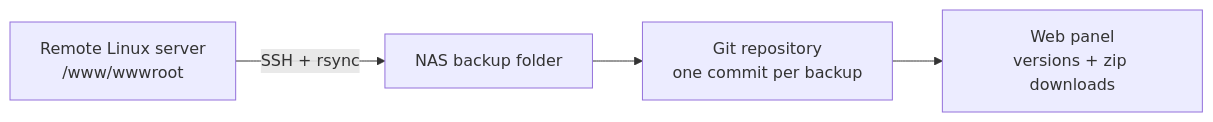
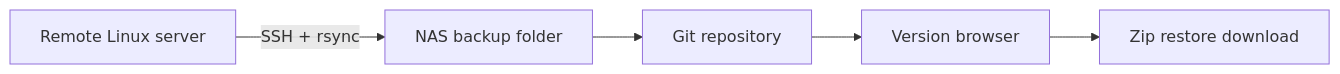
The diagram in README.md (Ha22yX/VaultBridge), drawn with Mermaid before and after one commit. The commit also changed other lines of this file and 1 other file, not shown here.

````diff
--- a/README.md
+++ b/README.md
@@ -7,6 +95,7 @@
 ```mermaid
 flowchart LR
-  A["Remote Linux server<br/>/www/wwwroot"] -->|"SSH + rsync"| B["NAS backup folder"]
-  B --> C["Git repository<br/>one commit per backup"]
-  C --> D["Web panel<br/>versions + zip downloads"]
+  A["Remote Linux server"] -->|"SSH + rsync"| B["NAS backup folder"]
+  B --> C["Git repository"]
+  C --> D["Version browser"]
+  D --> E["Zip restore download"]
 ```
````
